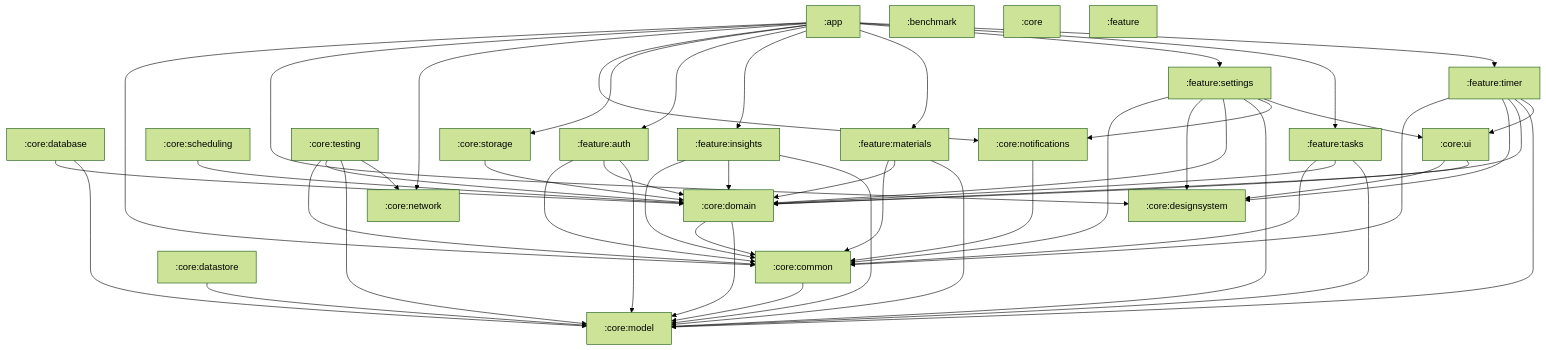
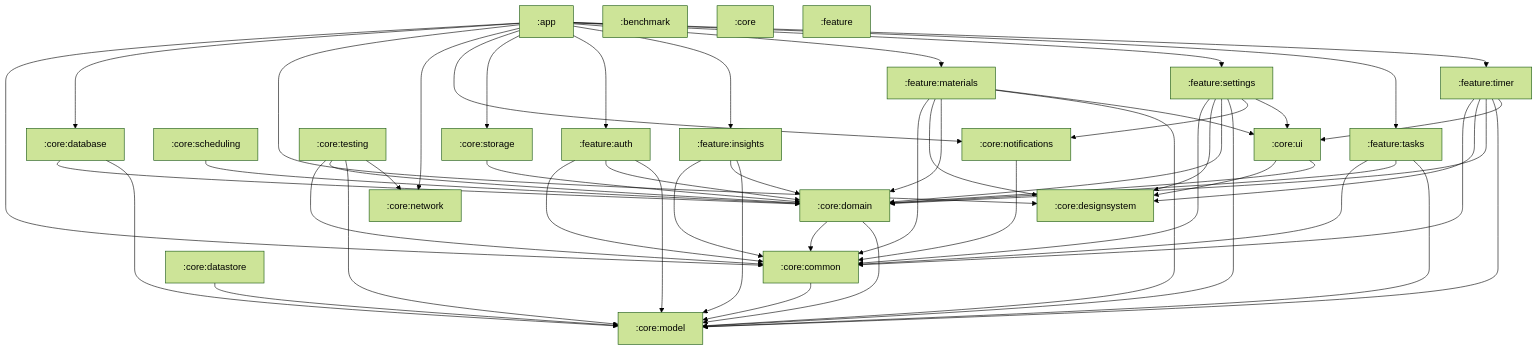
One commit to konarsubhojit/study-app changed the diagram in docs/module-graph.md. Above: the diagram before and after it, drawn with Mermaid (forest theme). The commit also changed 32 other files, not shown here.

````diff
--- a/docs/module-graph.md
+++ b/docs/module-graph.md
@@ -8,74 +8,77 @@
 ```mermaid
 graph TD
     app[":app"]
     benchmark[":benchmark"]
     core[":core"]
     core_common[":core:common"]
     core_database[":core:database"]
     core_datastore[":core:datastore"]
     core_designsystem[":core:designsystem"]
     core_domain[":core:domain"]
     core_model[":core:model"]
     core_network[":core:network"]
     core_notifications[":core:notifications"]
     core_scheduling[":core:scheduling"]
     core_storage[":core:storage"]
     core_testing[":core:testing"]
     core_ui[":core:ui"]
     feature[":feature"]
     feature_auth[":feature:auth"]
     feature_insights[":feature:insights"]
     feature_materials[":feature:materials"]
     feature_settings[":feature:settings"]
     feature_tasks[":feature:tasks"]
     feature_timer[":feature:timer"]
     app --> core_common
+    app --> core_database
     app --> core_designsystem
     app --> core_network
     app --> core_notifications
     app --> core_storage
     app --> feature_auth
     app --> feature_insights
     app --> feature_materials
     app --> feature_settings
     app --> feature_tasks
     app --> feature_timer
     core_common --> core_model
     core_database --> core_domain
     core_database --> core_model
     core_datastore --> core_model
     core_domain --> core_common
     core_domain --> core_model
     core_notifications --> core_common
     core_scheduling --> core_domain
     core_storage --> core_domain
     core_testing --> core_common
     core_testing --> core_domain
     core_testing --> core_model
     core_testing --> core_network
     core_ui --> core_designsystem
     core_ui --> core_domain
     feature_auth --> core_common
     feature_auth --> core_domain
     feature_auth --> core_model
     feature_insights --> core_common
     feature_insights --> core_domain
     feature_insights --> core_model
     feature_materials --> core_common
+    feature_materials --> core_designsystem
     feature_materials --> core_domain
     feature_materials --> core_model
+    feature_materials --> core_ui
     feature_settings --> core_common
     feature_settings --> core_designsystem
     feature_settings --> core_domain
     feature_settings --> core_model
     feature_settings --> core_notifications
     feature_settings --> core_ui
     feature_tasks --> core_common
     feature_tasks --> core_domain
     feature_tasks --> core_model
     feature_timer --> core_common
     feature_timer --> core_designsystem
     feature_timer --> core_domain
     feature_timer --> core_model
     feature_timer --> core_ui
 ```
````
